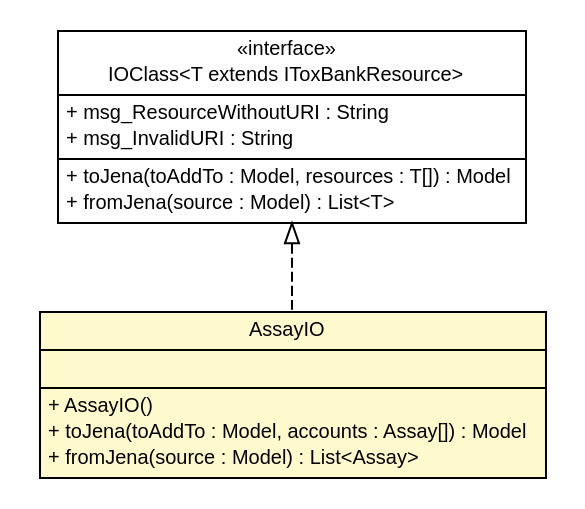
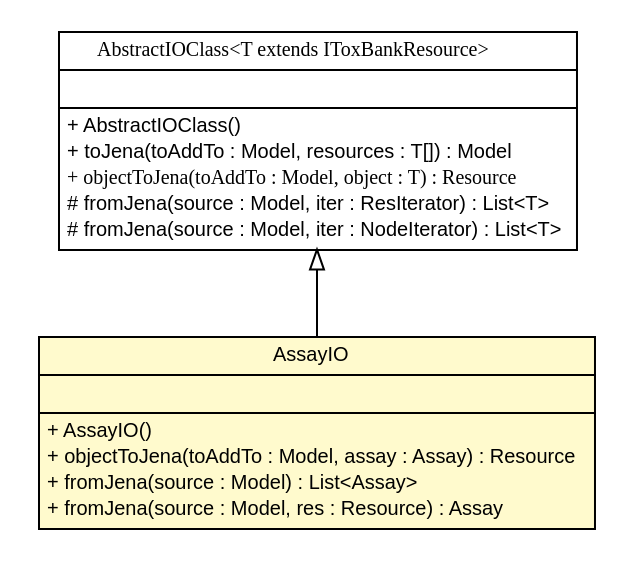
One commit to ToxBank/toxbank-api-beans changed the diagram in apidocs/net/toxbank/client/io/rdf/AssayIO.dot. Above: the diagram before and after it, drawn with Graphviz. The commit also changed 272 other files, not shown here.

```diff
--- a/apidocs/net/toxbank/client/io/rdf/AssayIO.dot
+++ b/apidocs/net/toxbank/client/io/rdf/AssayIO.dot
@@ -1,41 +1,43 @@
 #!/usr/local/bin/dot
 #
 # Class diagram 
 # Generated by UmlGraph version 4.6 (http://www.spinellis.gr/sw/umlgraph)
 #
 
 digraph G {
 	edge [fontname="arial",fontsize=10,labelfontname="arial",labelfontsize=10];
 	node [fontname="arial",fontsize=10,shape=plaintext];
-	// net.toxbank.client.io.rdf.IOClass<T extends net.toxbank.client.resource.IToxBankResource>
-	c402 [label=<<table border="0" cellborder="1" cellspacing="0" cellpadding="2" port="p" href="./IOClass.html">
-		<tr><td><table border="0" cellspacing="0" cellpadding="1">
-			<tr><td> &laquo;interface&raquo; </td></tr>
-			<tr><td> IOClass&lt;T extends IToxBankResource&gt; </td></tr>
-		</table></td></tr>
-		<tr><td><table border="0" cellspacing="0" cellpadding="1">
-			<tr><td align="left"> + msg_ResourceWithoutURI : String </td></tr>
-			<tr><td align="left"> + msg_InvalidURI : String </td></tr>
-		</table></td></tr>
-		<tr><td><table border="0" cellspacing="0" cellpadding="1">
-			<tr><td align="left"> + toJena(toAddTo : Model, resources : T[]) : Model </td></tr>
-			<tr><td align="left"> + fromJena(source : Model) : List&lt;T&gt; </td></tr>
-		</table></td></tr>
-		</table>>, fontname="arial", fontcolor="black", fontsize=10.0];
 	// net.toxbank.client.io.rdf.AssayIO
-	c404 [label=<<table border="0" cellborder="1" cellspacing="0" cellpadding="2" port="p" bgcolor="lemonChiffon" href="./AssayIO.html">
+	c432 [label=<<table border="0" cellborder="1" cellspacing="0" cellpadding="2" port="p" bgcolor="lemonChiffon" href="./AssayIO.html">
 		<tr><td><table border="0" cellspacing="0" cellpadding="1">
 			<tr><td> AssayIO </td></tr>
 		</table></td></tr>
 		<tr><td><table border="0" cellspacing="0" cellpadding="1">
 			<tr><td align="left">  </td></tr>
 		</table></td></tr>
 		<tr><td><table border="0" cellspacing="0" cellpadding="1">
 			<tr><td align="left"> + AssayIO() </td></tr>
-			<tr><td align="left"> + toJena(toAddTo : Model, accounts : Assay[]) : Model </td></tr>
+			<tr><td align="left"> + objectToJena(toAddTo : Model, assay : Assay) : Resource </td></tr>
 			<tr><td align="left"> + fromJena(source : Model) : List&lt;Assay&gt; </td></tr>
+			<tr><td align="left"> + fromJena(source : Model, res : Resource) : Assay </td></tr>
 		</table></td></tr>
 		</table>>, fontname="arial", fontcolor="black", fontsize=10.0];
-	//net.toxbank.client.io.rdf.AssayIO implements net.toxbank.client.io.rdf.IOClass<T extends net.toxbank.client.resource.IToxBankResource>
-	c402:p -> c404:p [dir=back,arrowtail=empty,style=dashed];
+	// net.toxbank.client.io.rdf.AbstractIOClass<T extends net.toxbank.client.resource.IToxBankResource>
+	c435 [label=<<table border="0" cellborder="1" cellspacing="0" cellpadding="2" port="p" href="./AbstractIOClass.html">
+		<tr><td><table border="0" cellspacing="0" cellpadding="1">
+			<tr><td><font face="ariali"> AbstractIOClass&lt;T extends IToxBankResource&gt; </font></td></tr>
+		</table></td></tr>
+		<tr><td><table border="0" cellspacing="0" cellpadding="1">
+			<tr><td align="left">  </td></tr>
+		</table></td></tr>
+		<tr><td><table border="0" cellspacing="0" cellpadding="1">
+			<tr><td align="left"> + AbstractIOClass() </td></tr>
+			<tr><td align="left"> + toJena(toAddTo : Model, resources : T[]) : Model </td></tr>
+			<tr><td align="left"><font face="ariali" point-size="10.0"> + objectToJena(toAddTo : Model, object : T) : Resource </font></td></tr>
+			<tr><td align="left"> # fromJena(source : Model, iter : ResIterator) : List&lt;T&gt; </td></tr>
+			<tr><td align="left"> # fromJena(source : Model, iter : NodeIterator) : List&lt;T&gt; </td></tr>
+		</table></td></tr>
+		</table>>, fontname="arial", fontcolor="black", fontsize=10.0];
+	//net.toxbank.client.io.rdf.AssayIO extends net.toxbank.client.io.rdf.AbstractIOClass<net.toxbank.client.resource.Assay>
+	c435:p -> c432:p [dir=back,arrowtail=empty];
 }
```
